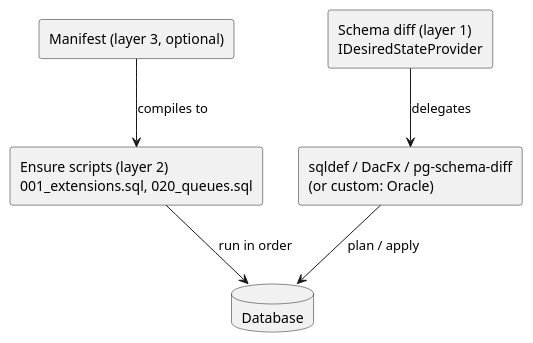
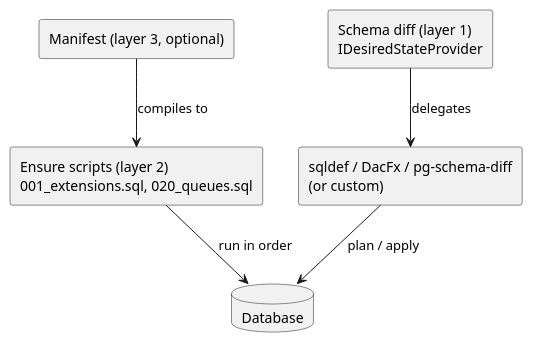
One commit to OutOfBandDevelopment/dotex changed the diagram in docs/design/DesiredStateDatabase/architecture.md. Above: the diagram before and after it, drawn with PlantUML. The commit also changed other lines of this file and 22 other files, not shown here.

````diff
--- a/docs/design/DesiredStateDatabase/architecture.md
+++ b/docs/design/DesiredStateDatabase/architecture.md
@@ -27,14 +27,14 @@
 ```plantuml
 @startuml
 skinparam shadowing false
 rectangle "Manifest (layer 3, optional)" as m
 rectangle "Ensure scripts (layer 2)\n001_extensions.sql, 020_queues.sql" as e
 rectangle "Schema diff (layer 1)\nIDesiredStateProvider" as d
-rectangle "sqldef / DacFx / pg-schema-diff\n(or custom: Oracle)" as t
+rectangle "sqldef / DacFx / pg-schema-diff\n(or custom)" as t
 database "Database" as db
 m --> e : compiles to
 e --> db : run in order
 d --> t : delegates
 t --> db : plan / apply
 @enduml
 ```
````
